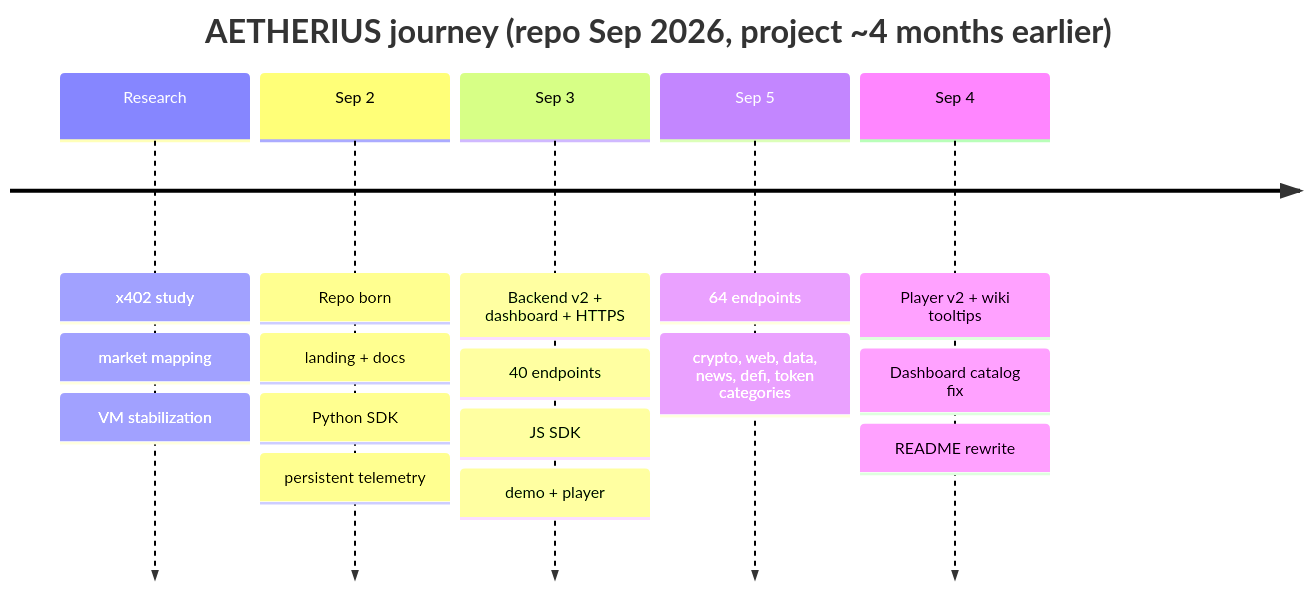
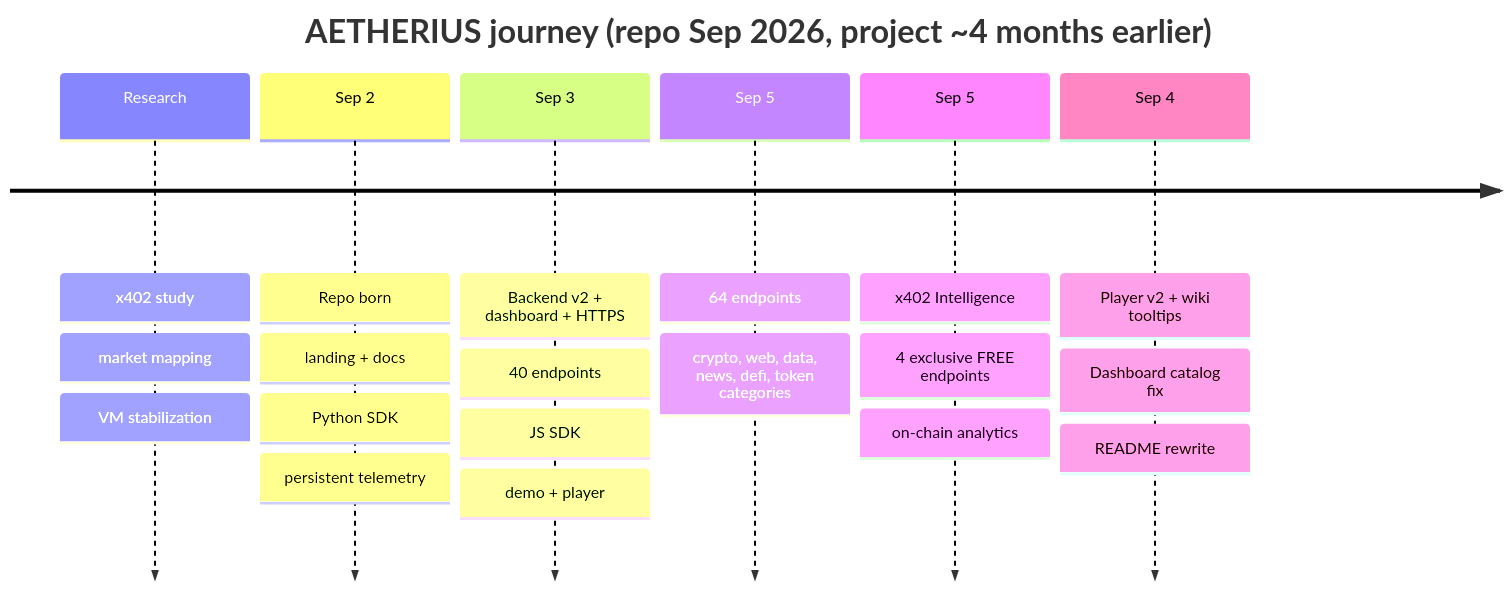
Before and after one commit to wilnowilx/aetheriusxapi: the diagram in README.md, drawn with Mermaid. The commit also changed other lines of this file, not shown here.

Commit message:
feat: README v2.1 — x402 Intelligence section, 68 endpoints, fix branding (x = x402 not 'no API'), fix broken links, mainnet status ✅

````diff
--- a/README.md
+++ b/README.md
@@ -83,9 +86,10 @@
 ```mermaid
 timeline
     title AETHERIUS journey (repo Sep 2026, project ~4 months earlier)
     Research : x402 study : market mapping : VM stabilization
     Sep 2 : Repo born : landing + docs : Python SDK : persistent telemetry
     Sep 3 : Backend v2 + dashboard + HTTPS : 40 endpoints : JS SDK : demo + player
     Sep 5 : 64 endpoints : crypto, web, data, news, defi, token categories
+    Sep 5 : x402 Intelligence : 4 exclusive FREE endpoints : on-chain analytics
     Sep 4 : Player v2 + wiki tooltips : Dashboard catalog fix : README rewrite
 ```
````
